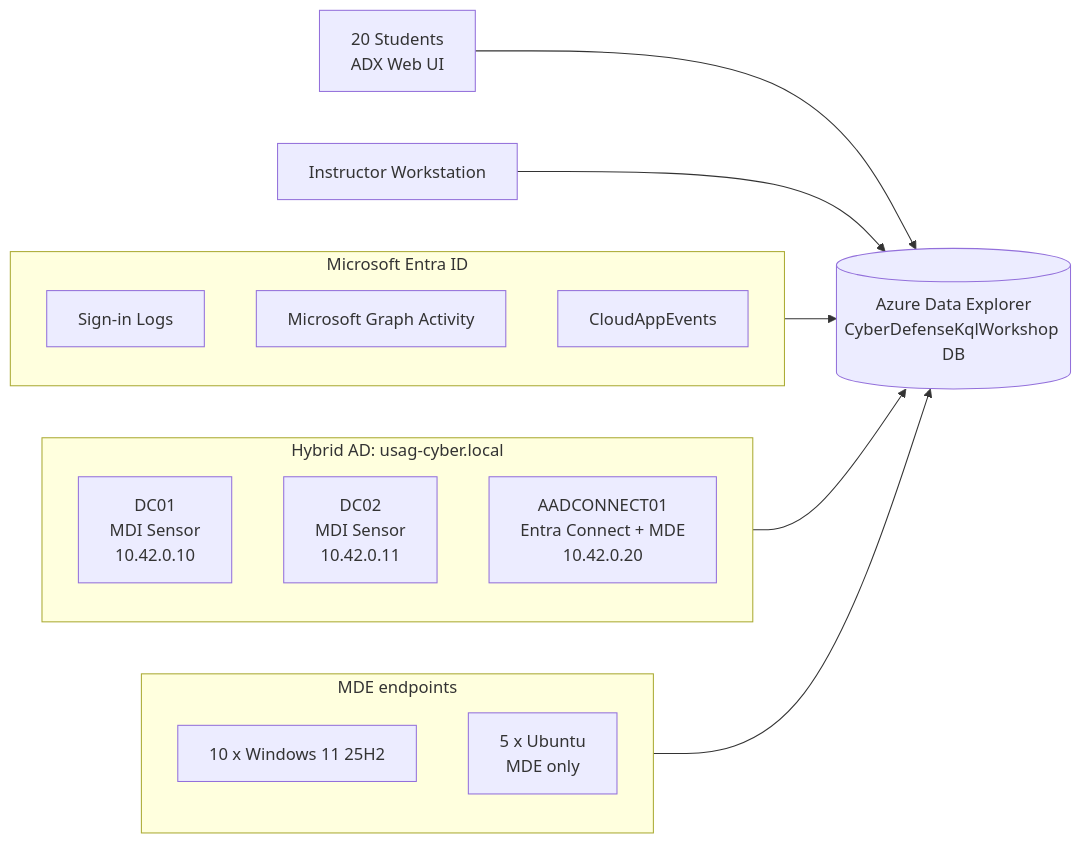
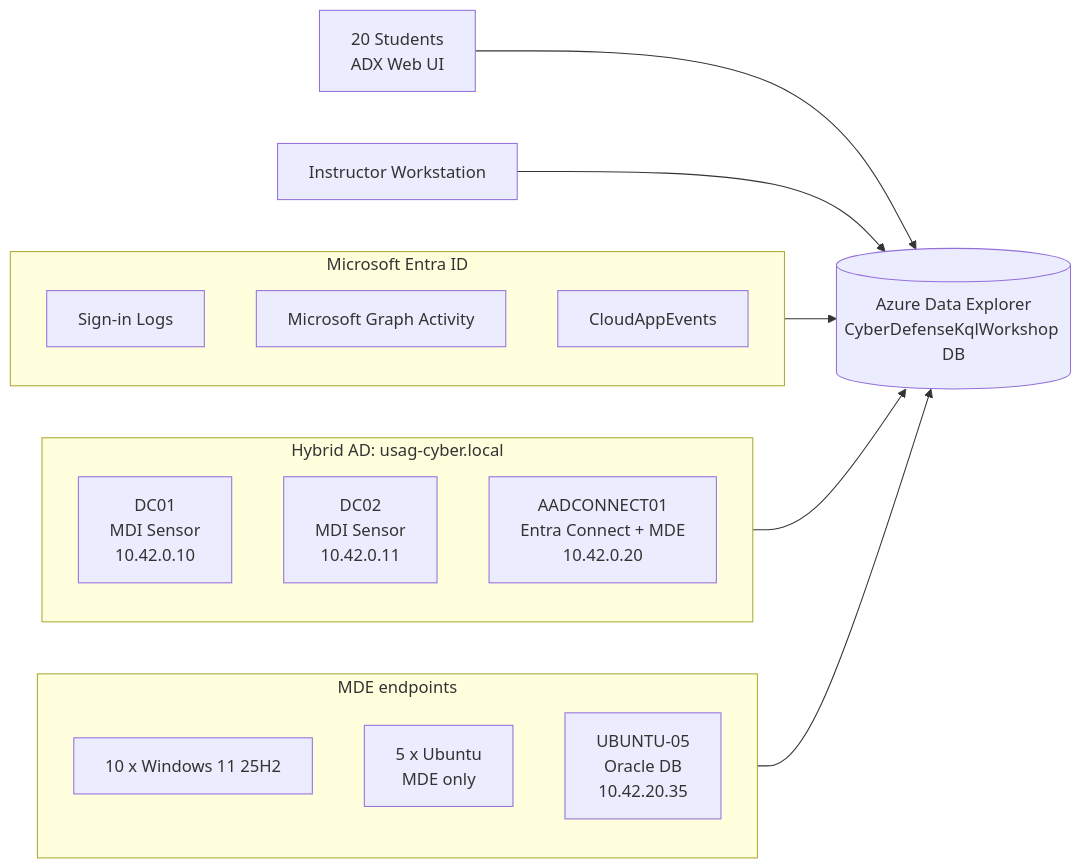
Before and after one commit to dcodev1702/Cyber-Defense-Workshop-ADX: the first of 3 diagrams in docs/diagrams.md, drawn with Mermaid. The commit also changed other lines of this file and 50 other files, not shown here.

````diff
--- a/docs/diagrams.md
+++ b/docs/diagrams.md
@@ -5,26 +5,27 @@
 ```mermaid
 flowchart LR
     Students[20 Students<br/>ADX Web UI] --> ADX[(Azure Data Explorer<br/>CyberDefenseKqlWorkshop DB)]
     Instructor[Instructor Workstation] --> ADX
 
     subgraph Entra[Microsoft Entra ID]
         Signins[Sign-in Logs]
         Graph[Microsoft Graph Activity]
         CloudApp[CloudAppEvents]
     end
 
     subgraph OnPrem[Hybrid AD: usag-cyber.local]
         DC01[DC01<br/>MDI Sensor<br/>10.42.0.10]
         DC02[DC02<br/>MDI Sensor<br/>10.42.0.11]
         AADC[AADCONNECT01<br/>Entra Connect + MDE<br/>10.42.0.20]
     end
 
     subgraph Endpoints[MDE endpoints]
         Win[10 x Windows 11 25H2]
         Linux[5 x Ubuntu<br/>MDE only]
+        Oracle[UBUNTU-05<br/>Oracle DB<br/>10.42.20.35]
     end
 
     Entra --> ADX
     OnPrem --> ADX
     Endpoints --> ADX
 ```
````
